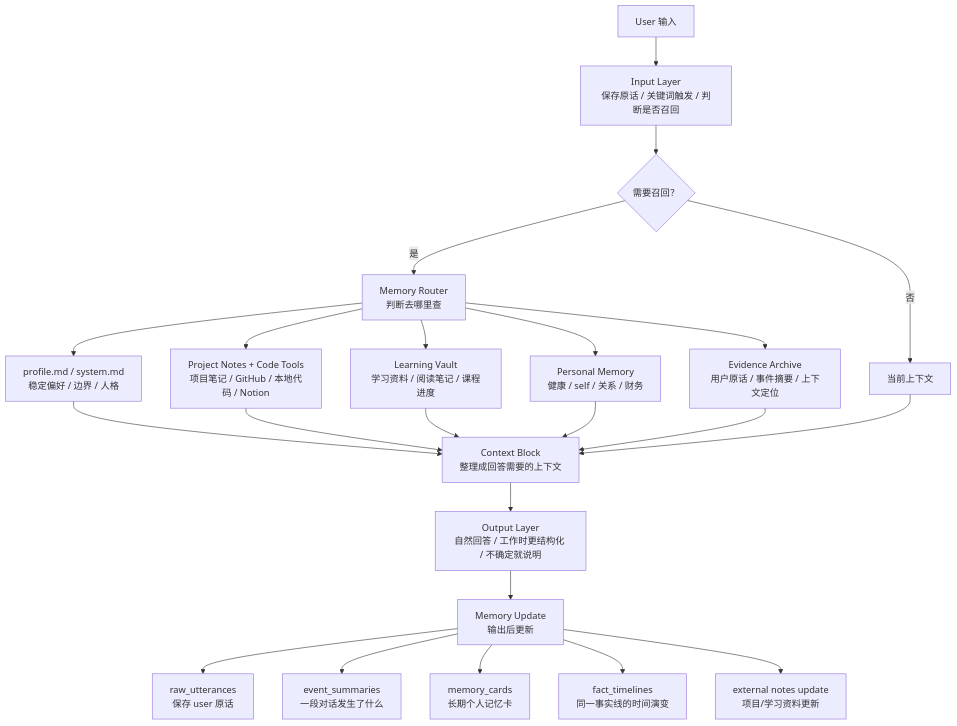
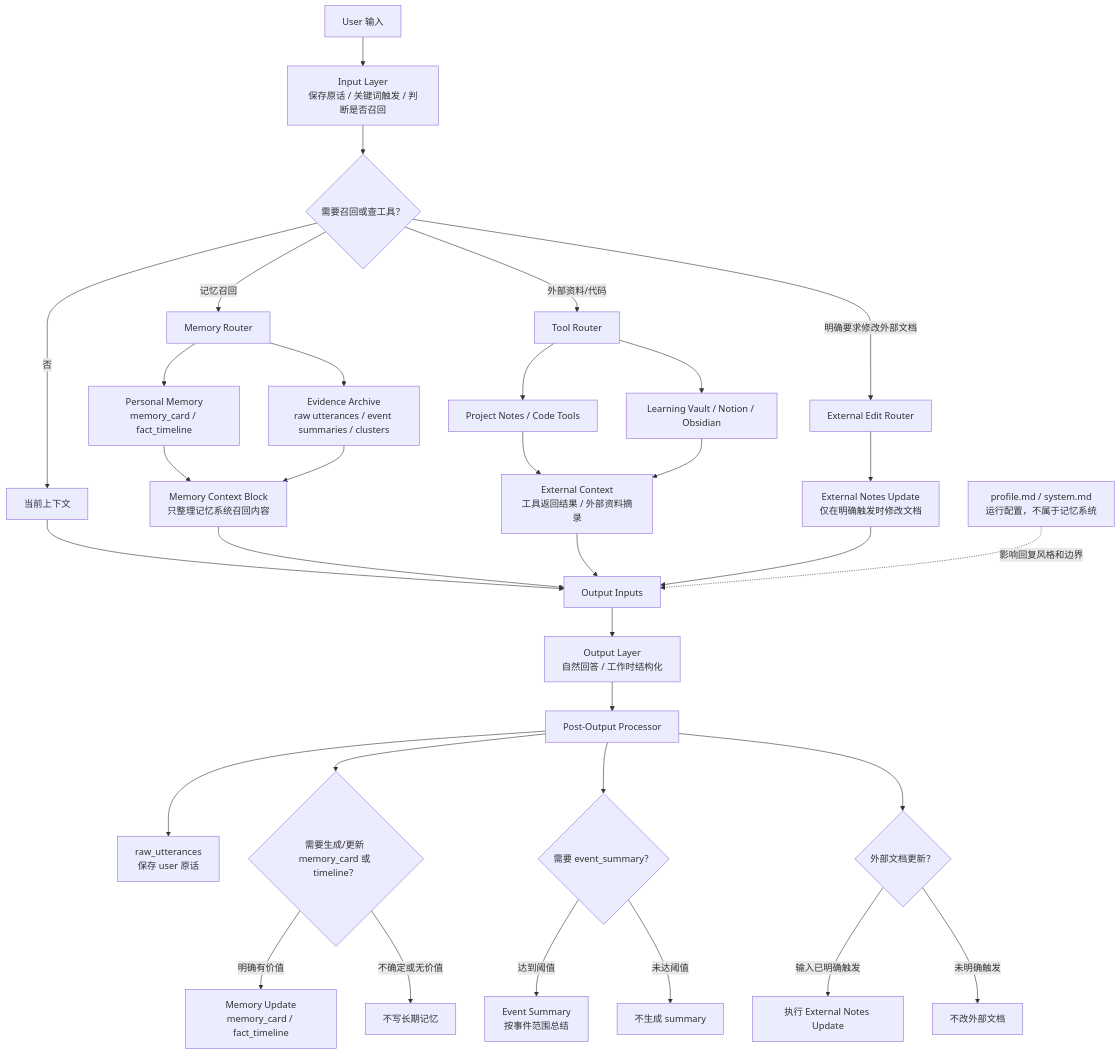
One commit to piup9911-crypto/telegram-qi_bot changed the diagram in plan.md. Above: the diagram before and after it, drawn with Mermaid. The commit also changed other lines of this file, not shown here.

Commit message:
Clarify memory card fields and event summary rules

````diff
--- a/plan.md
+++ b/plan.md
@@ -36,32 +36,47 @@
 ```mermaid
 flowchart TD
   U["User 输入"] --> I["Input Layer<br/>保存原话 / 关键词触发 / 判断是否召回"]
 
-  I --> R{"需要召回？"}
+  I --> R{"需要召回或查工具？"}
 
   R -->|"否"| C["当前上下文"]
-  R -->|"是"| MR["Memory Router<br/>判断去哪里查"]
+  R -->|"记忆召回"| MR["Memory Router"]
+  R -->|"外部资料/代码"| TR["Tool Router"]
+  R -->|"明确要求修改外部文档"| ER["External Edit Router"]
 
-  MR --> P["profile.md / system.md<br/>稳定偏好 / 边界 / 人格"]
-  MR --> PN["Project Notes + Code Tools<br/>项目笔记 / GitHub / 本地代码 / Notion"]
-  MR --> LV["Learning Vault<br/>学习资料 / 阅读笔记 / 课程进度"]
-  MR --> PM["Personal Memory<br/>健康 / self / 关系 / 财务"]
-  MR --> EV["Evidence Archive<br/>用户原话 / 事件摘要 / 上下文定位"]
+  MR --> PM["Personal Memory<br/>memory_card / fact_timeline"]
+  MR --> EV["Evidence Archive<br/>raw utterances / event summaries / clusters"]
+  PM --> MB["Memory Context Block<br/>只整理记忆系统召回内容"]
+  EV --> MB
 
-  P --> CB["Context Block<br/>整理成回答需要的上下文"]
-  PN --> CB
-  LV --> CB
-  PM --> CB
-  EV --> CB
-  C --> CB
+  TR --> PN["Project Notes / Code Tools"]
+  TR --> LV["Learning Vault / Notion / Obsidian"]
+  PN --> EX["External Context<br/>工具返回结果 / 外部资料摘录"]
+  LV --> EX
 
-  CB --> O["Output Layer<br/>自然回答 / 工作时更结构化 / 不确定就说明"]
+  ER --> ED["External Notes Update<br/>仅在明确触发时修改文档"]
 
-  O --> MU["Memory Update<br/>输出后更新"]
+  C --> OI["Output Inputs"]
+  MB --> OI
+  EX --> OI
+  ED --> OI
 
-  MU --> RAW["raw_utterances<br/>保存 user 原话"]
-  MU --> ES["event_summaries<br/>一段对话发生了什么"]
-  MU --> MC["memory_cards<br/>长期个人记忆卡"]
-  MU --> TL["fact_timelines<br/>同一事实线的时间演变"]
-  MU --> EXT["external notes update<br/>项目/学习资料更新"]
+  CFG["profile.md / system.md<br/>运行配置，不属于记忆系统"] -. "影响回复风格和边界" .-> OI
+
+  OI --> O["Output Layer<br/>自然回答 / 工作时结构化"]
+
+  O --> PU["Post-Output Processor"]
+  PU --> RAW["raw_utterances<br/>保存 user 原话"]
+  PU --> MW{"需要生成/更新 memory_card 或 timeline？"}
+  PU --> ES{"需要 event_summary？"}
+  PU --> EU{"外部文档更新？"}
+
+  MW -->|"明确有价值"| MEM["Memory Update<br/>memory_card / fact_timeline"]
+  MW -->|"不确定或无价值"| NO1["不写长期记忆"]
+
+  ES -->|"达到阈值"| SUM["Event Summary<br/>按事件范围总结"]
+  ES -->|"未达阈值"| NO2["不生成 summary"]
+
+  EU -->|"输入已明确触发"| EXT["执行 External Notes Update"]
+  EU -->|"未明确触发"| NO3["不改外部文档"]
 ```
````
